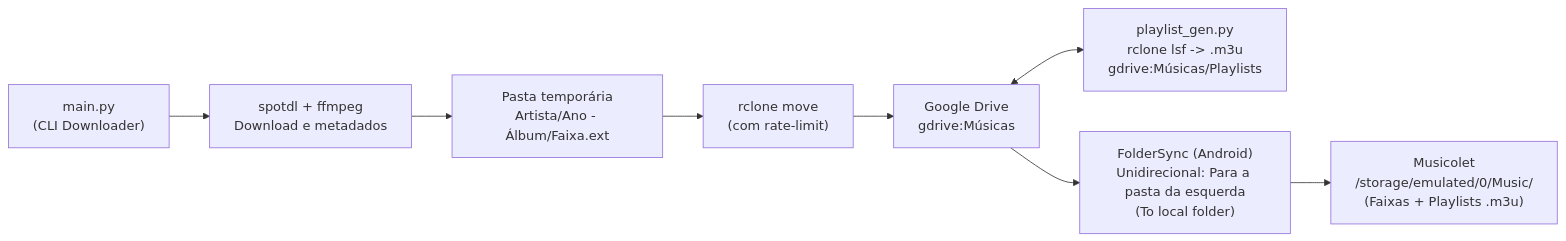
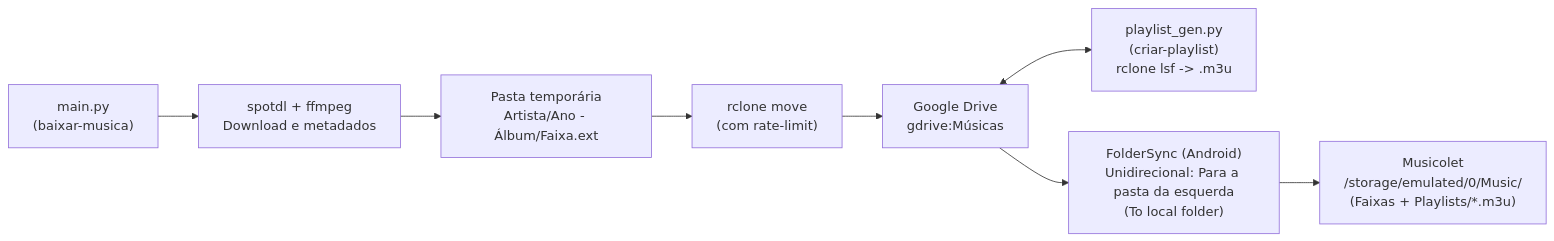
The diagram in README.md (Igor182/music-fetcher), drawn with Mermaid before and after one commit. The commit also changed other lines of this file and 5 other files, not shown here.

Commit message:
Update interactive playlist_gen.py, add one-command installers (Linux/Windows) and refresh README

````diff
--- a/README.md
+++ b/README.md
@@ -9,10 +9,10 @@
 ```mermaid
 flowchart LR
-    A["main.py\n(CLI Downloader)"] --> B["spotdl + ffmpeg\nDownload e metadados"]
+    A["main.py\n(baixar-musica)"] --> B["spotdl + ffmpeg\nDownload e metadados"]
     B --> C["Pasta temporária\nArtista/Ano - Álbum/Faixa.ext"]
     C --> D["rclone move\n(com rate-limit)"]
     D --> E["Google Drive\ngdrive:Músicas"]
-    E <--> P["playlist_gen.py\nrclone lsf -> .m3u\ngdrive:Músicas/Playlists"]
+    E <--> P["playlist_gen.py\n(criar-playlist)\nrclone lsf -> .m3u"]
     E --> F["FolderSync (Android)\nUnidirecional: Para a pasta da esquerda\n(To local folder)"]
-    F --> G["Musicolet\n/storage/emulated/0/Music/\n(Faixas + Playlists .m3u)"]
+    F --> G["Musicolet\n/storage/emulated/0/Music/\n(Faixas + Playlists/*.m3u)"]
 ```
````
